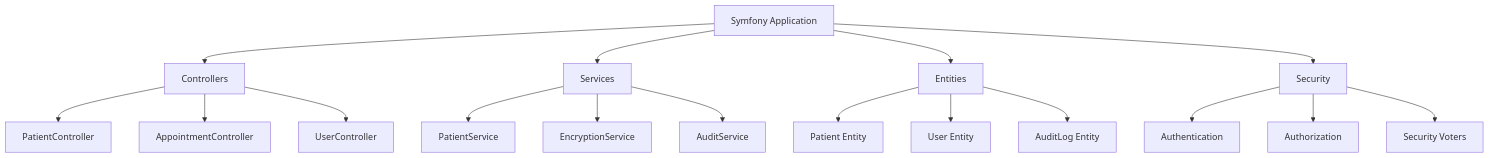
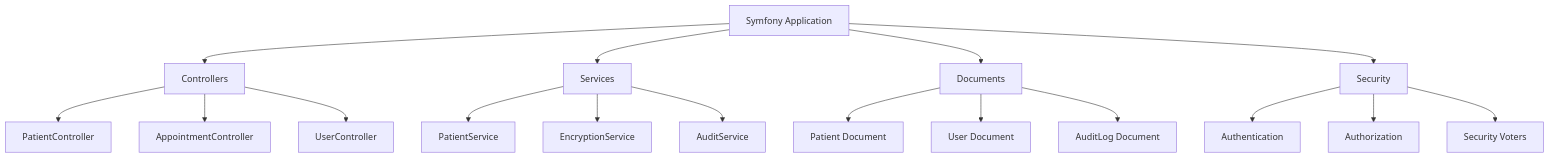
One commit to mrlynn/securehealth-docs changed the second of 3 diagrams in docs/developer-guides/architecture.md. Above: the diagram before and after it, drawn with Mermaid. The commit also changed other lines of this file and 4271 other files, not shown here.

````diff
--- a/docs/developer-guides/architecture.md
+++ b/docs/developer-guides/architecture.md
@@ -79,23 +87,23 @@
 ```mermaid
 graph TD
     A[Symfony Application] --> B[Controllers]
     A --> C[Services]
-    A --> D[Entities]
+    A --> D[Documents]
     A --> E[Security]
     
     B --> F[PatientController]
     B --> G[AppointmentController]
     B --> H[UserController]
     
     C --> I[PatientService]
     C --> J[EncryptionService]
     C --> K[AuditService]
     
-    D --> L[Patient Entity]
-    D --> M[User Entity]
-    D --> N[AuditLog Entity]
+    D --> L[Patient Document]
+    D --> M[User Document]
+    D --> N[AuditLog Document]
     
     E --> O[Authentication]
     E --> P[Authorization]
     E --> Q[Security Voters]
 ```
````
